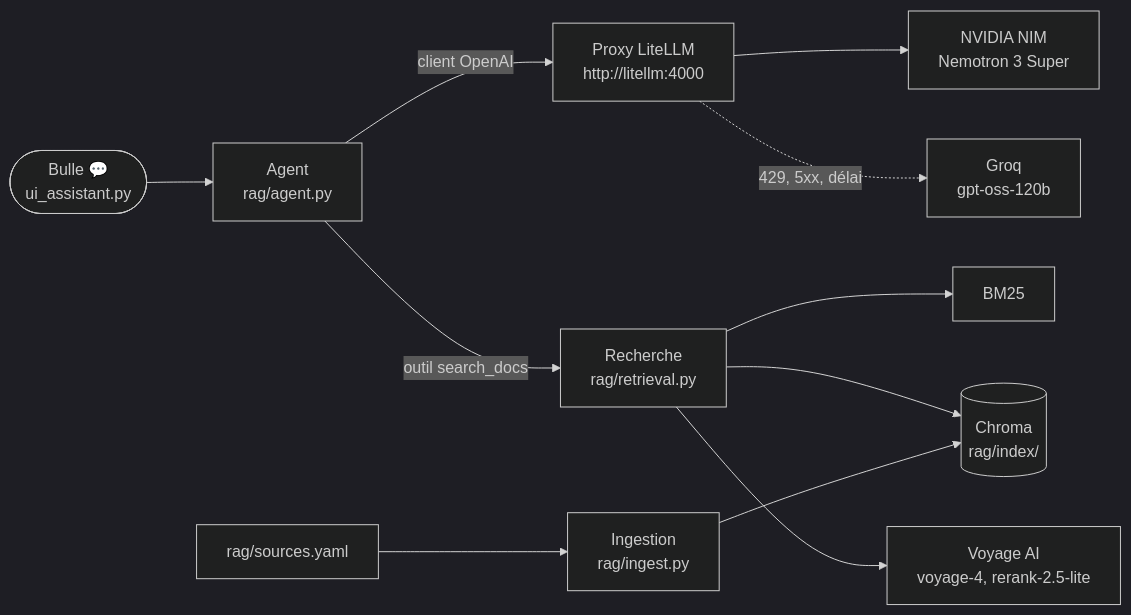
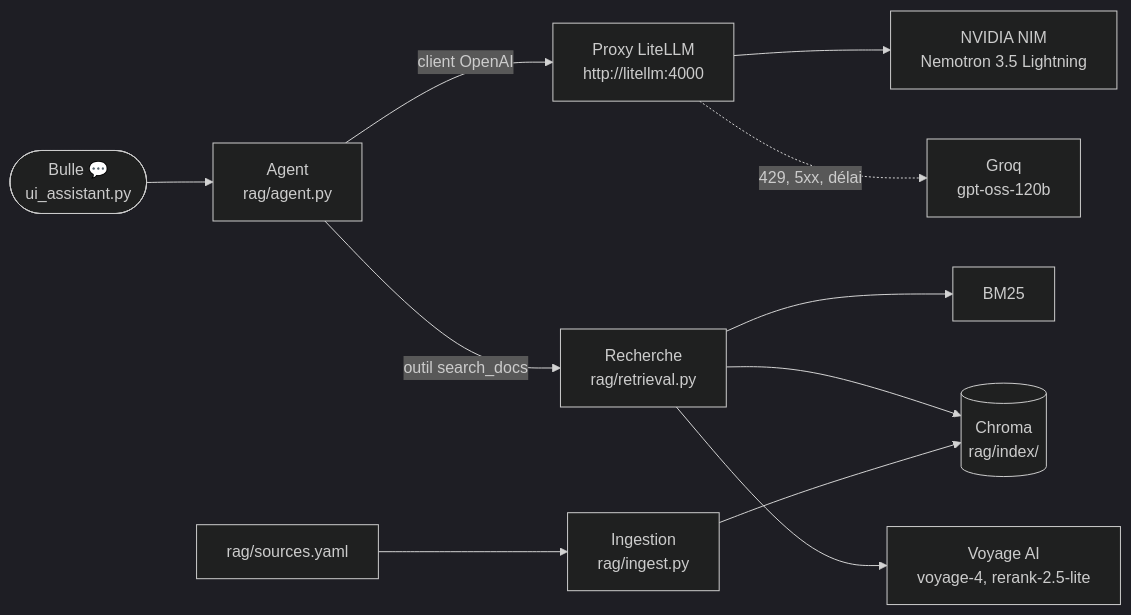
The second of 2 diagrams in README.md (Aidge-in-space-hackathon/aidge-train), drawn with Mermaid (dark theme) before and after one commit. The commit also changed other lines of this file and 8 other files, not shown here.

````diff
--- a/README.md
+++ b/README.md
@@ -189,12 +189,12 @@
 ```mermaid
 flowchart LR
     U([Bulle 💬<br/>ui_assistant.py]) --> AG["Agent<br/>rag/agent.py"]
     AG -- "client OpenAI" --> L["Proxy LiteLLM<br/>http://litellm:4000"]
-    L --> N["NVIDIA NIM<br/>Nemotron 3 Super"]
+    L --> N["NVIDIA NIM<br/>Nemotron 3.5 Lightning"]
     L -. "429, 5xx, délai" .-> G["Groq<br/>gpt-oss-120b"]
     AG -- "outil search_docs" --> R["Recherche<br/>rag/retrieval.py"]
     R --> B["BM25"]
     R --> C[("Chroma<br/>rag/index/")]
     R --> V["Voyage AI<br/>voyage-4, rerank-2.5-lite"]
     S["rag/sources.yaml"] --> I["Ingestion<br/>rag/ingest.py"] --> C
 ```
````
